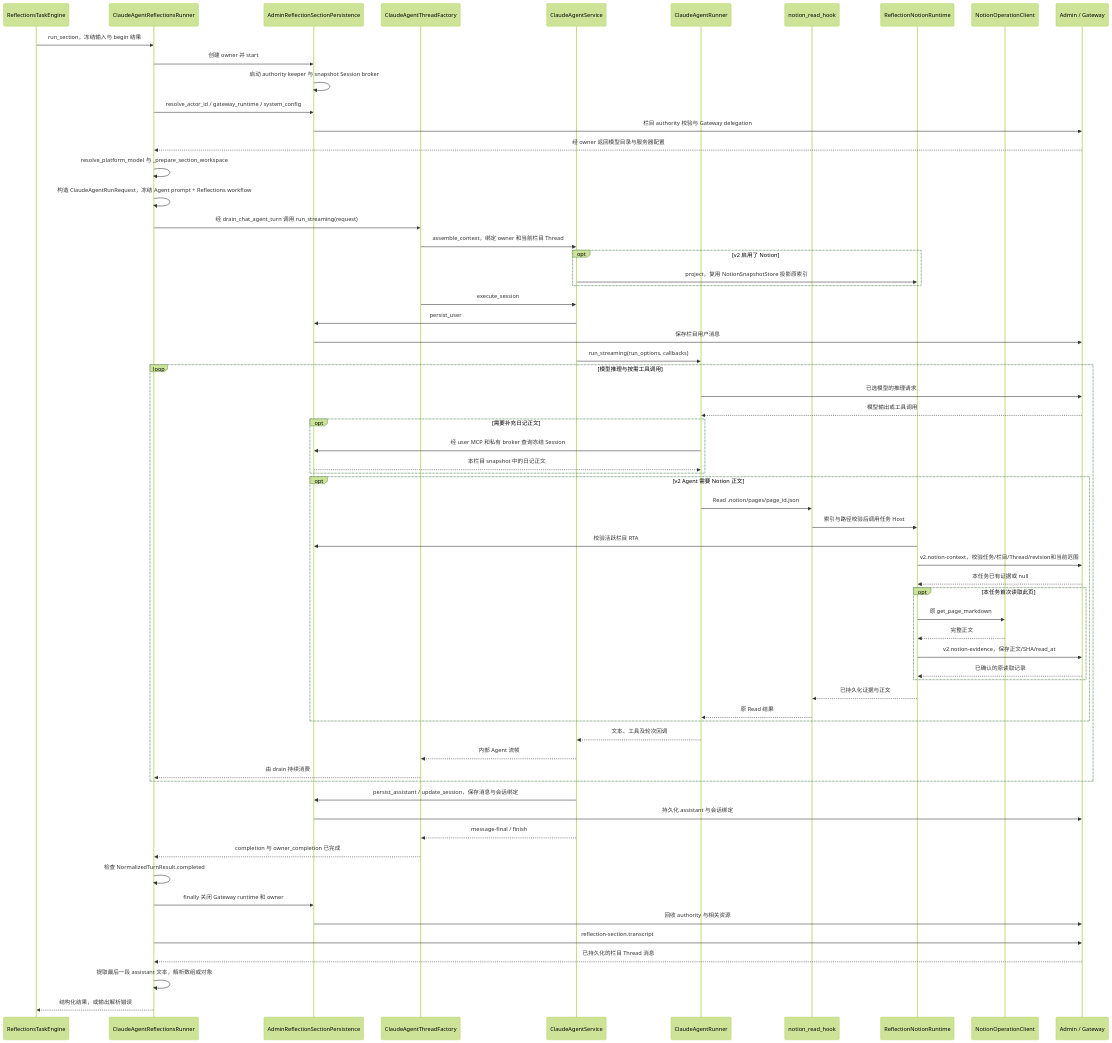
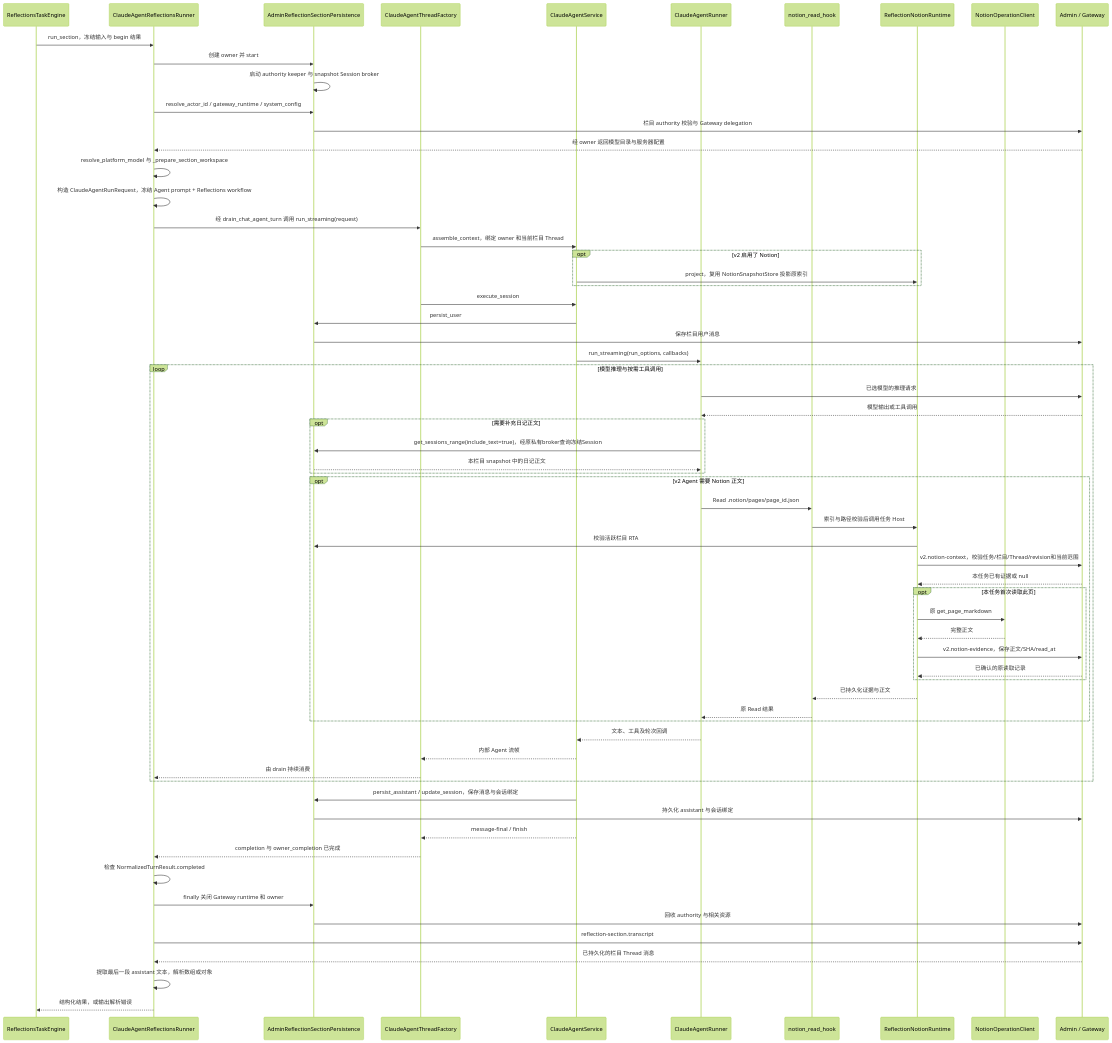
Before and after one commit to glide-the/im-dream: the second of 5 diagrams in docs/design/memory/reflections-agent-interaction-design.md, drawn with Mermaid (forest theme). The commit also changed other lines of this file and 211 other files, not shown here.

````diff
--- a/docs/design/memory/reflections-agent-interaction-design.md
+++ b/docs/design/memory/reflections-agent-interaction-design.md
@@ -129,67 +132,67 @@
 ```mermaid
 sequenceDiagram
     participant E as ReflectionsTaskEngine
     participant R as ClaudeAgentReflectionsRunner
     participant O as AdminReflectionSectionPersistence
     participant F as ClaudeAgentThreadFactory
     participant C as ClaudeAgentService
     participant K as ClaudeAgentRunner
     participant H as notion_read_hook
     participant N as ReflectionNotionRuntime
     participant I as NotionOperationClient
     participant G as Admin / Gateway
     E->>R: run_section，冻结输入与 begin 结果
     R->>O: 创建 owner 并 start
     O->>O: 启动 authority keeper 与 snapshot Session broker
     R->>O: resolve_actor_id / gateway_runtime / system_config
     O->>G: 栏目 authority 校验与 Gateway delegation
     G-->>R: 经 owner 返回模型目录与服务器配置
     R->>R: resolve_platform_model 与 _prepare_section_workspace
     R->>R: 构造 ClaudeAgentRunRequest，冻结 Agent prompt + Reflections workflow
     R->>F: 经 drain_chat_agent_turn 调用 run_streaming(request)
     F->>C: assemble_context，绑定 owner 和当前栏目 Thread
     opt v2 启用了 Notion
         C->>N: project，复用 NotionSnapshotStore 投影原索引
     end
     F->>C: execute_session
     C->>O: persist_user
     O->>G: 保存栏目用户消息
     C->>K: run_streaming(run_options, callbacks)
     loop 模型推理与按需工具调用
         K->>G: 已选模型的推理请求
         G-->>K: 模型输出或工具调用
         opt 需要补充日记正文
-            K->>O: 经 user MCP 和私有 broker 查询冻结 Session
+            K->>O: get_sessions_range(include_text=true)，经原私有broker查询冻结Session
             O-->>K: 本栏目 snapshot 中的日记正文
         end
         opt v2 Agent 需要 Notion 正文
             K->>H: Read .notion/pages/page_id.json
             H->>N: 索引与路径校验后调用任务 Host
             N->>O: 校验活跃栏目 RTA
             N->>G: v2.notion-context，校验任务/栏目/Thread/revision和当前范围
             G-->>N: 本任务已有证据或 null
             opt 本任务首次读取此页
                 N->>I: 原 get_page_markdown
                 I-->>N: 完整正文
                 N->>G: v2.notion-evidence，保存正文/SHA/read_at
                 G-->>N: 已确认的原读取记录
             end
             N-->>H: 已持久化证据与正文
             H-->>K: 原 Read 结果
         end
         K-->>C: 文本、工具及轮次回调
         C-->>F: 内部 Agent 流帧
         F-->>R: 由 drain 持续消费
     end
     C->>O: persist_assistant / update_session，保存消息与会话绑定
     O->>G: 持久化 assistant 与会话绑定
     C-->>F: message-final / finish
     F-->>R: completion 与 owner_completion 已完成
     R->>R: 检查 NormalizedTurnResult.completed
     R->>O: finally 关闭 Gateway runtime 和 owner
     O->>G: 回收 authority 与相关资源
     R->>G: reflection-section.transcript
     G-->>R: 已持久化的栏目 Thread 消息
     R->>R: 提取最后一段 assistant 文本，解析数组或对象
     R-->>E: 结构化结果，或输出解析错误
 ```
````
